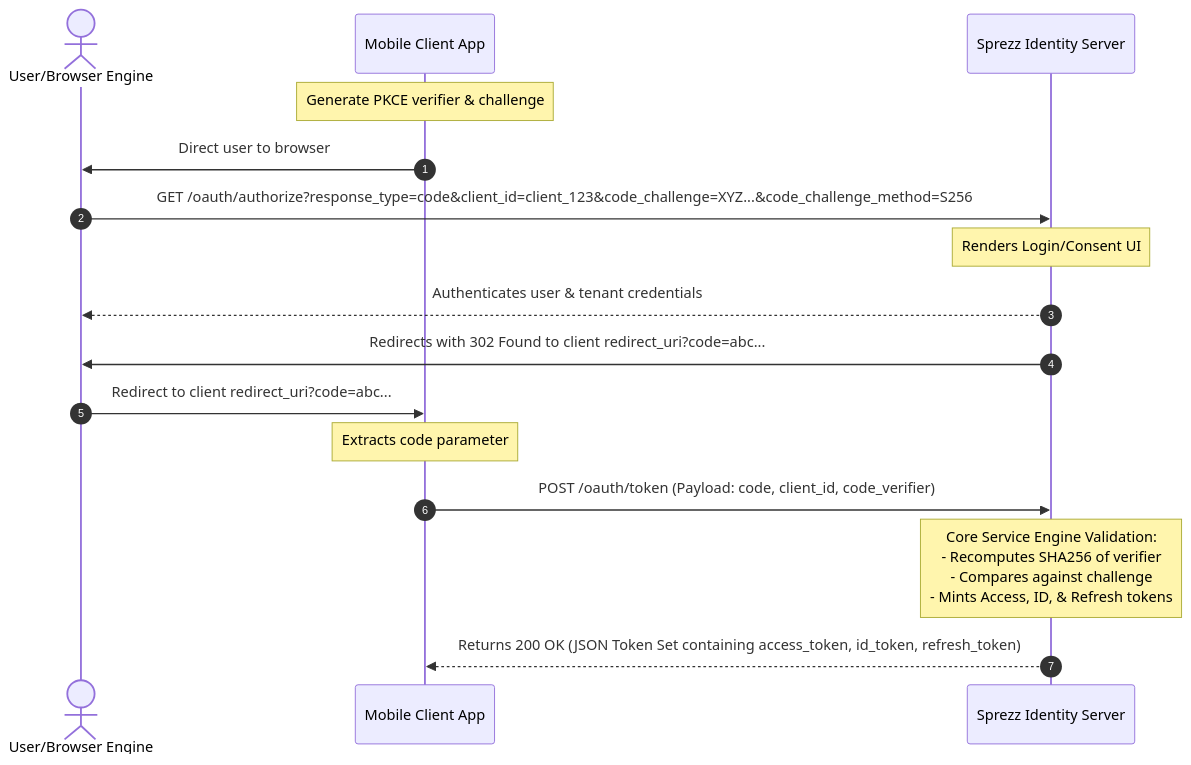
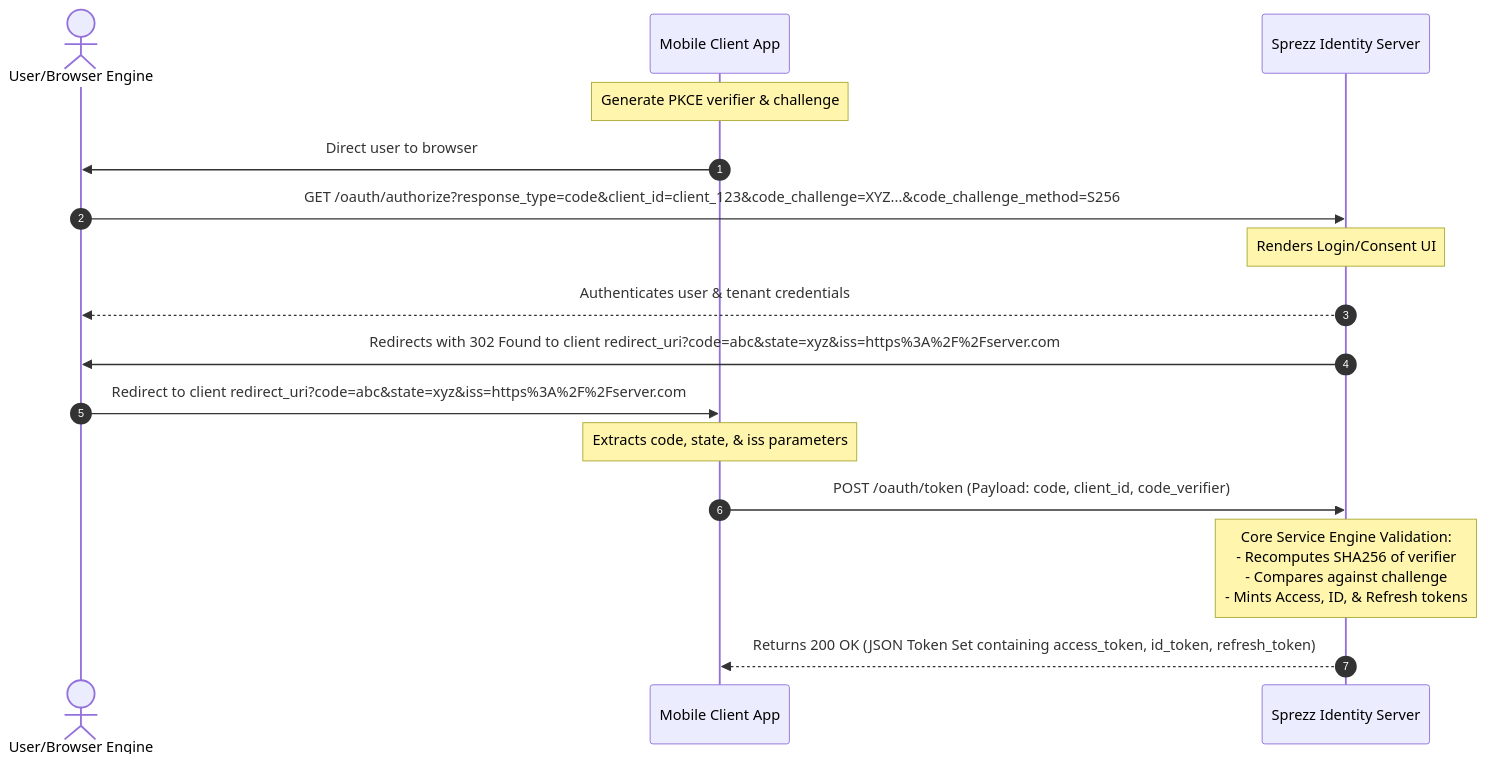
The second of 2 diagrams in docs/architecture_blueprint.md (sprezz-net/sprezz-identity), drawn with Mermaid before and after one commit. The commit also changed other lines of this file and 6 other files, not shown here.

````diff
--- a/docs/architecture_blueprint.md
+++ b/docs/architecture_blueprint.md
@@ -215,19 +215,19 @@
 ```mermaid
 sequenceDiagram
     autonumber
     actor User as User/Browser Engine
     participant Client as Mobile Client App
     participant Server as Sprezz Identity Server
 
     Note over Client: Generate PKCE verifier & challenge
     Client->>User: Direct user to browser
     User->>Server: GET /oauth/authorize?response_type=code&client_id=client_123&code_challenge=XYZ...&code_challenge_method=S256
     Note over Server: Renders Login/Consent UI
     Server-->>User: Authenticates user & tenant credentials
-    Server->>User: Redirects with 302 Found to client redirect_uri?code=abc...
-    User->>Client: Redirect to client redirect_uri?code=abc...
-    Note over Client: Extracts code parameter
+    Server->>User: Redirects with 302 Found to client redirect_uri?code=abc&state=xyz&iss=https%3A%2F%2Fserver.com
+    User->>Client: Redirect to client redirect_uri?code=abc&state=xyz&iss=https%3A%2F%2Fserver.com
+    Note over Client: Extracts code, state, & iss parameters
     Client->>Server: POST /oauth/token (Payload: code, client_id, code_verifier)
     Note over Server: Core Service Engine Validation:<br/>- Recomputes SHA256 of verifier<br/>- Compares against challenge<br/>- Mints Access, ID, & Refresh tokens
     Server-->>Client: Returns 200 OK (JSON Token Set containing access_token, id_token, refresh_token)
 ```
````
